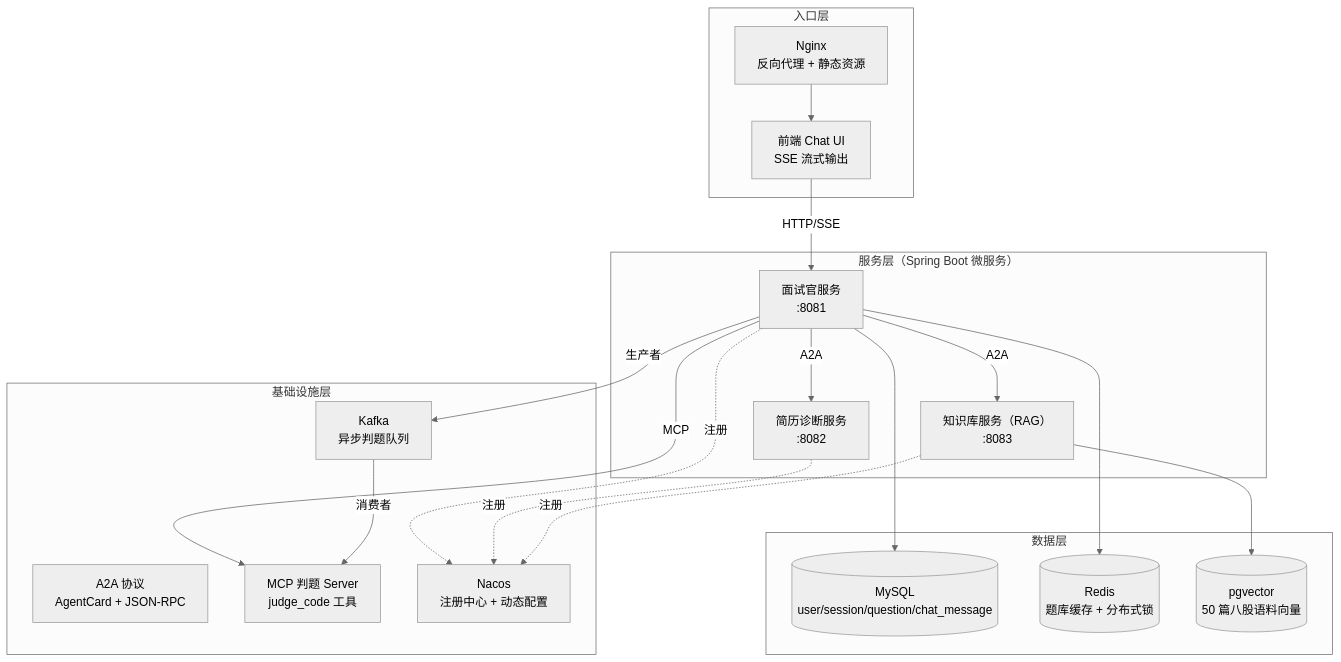
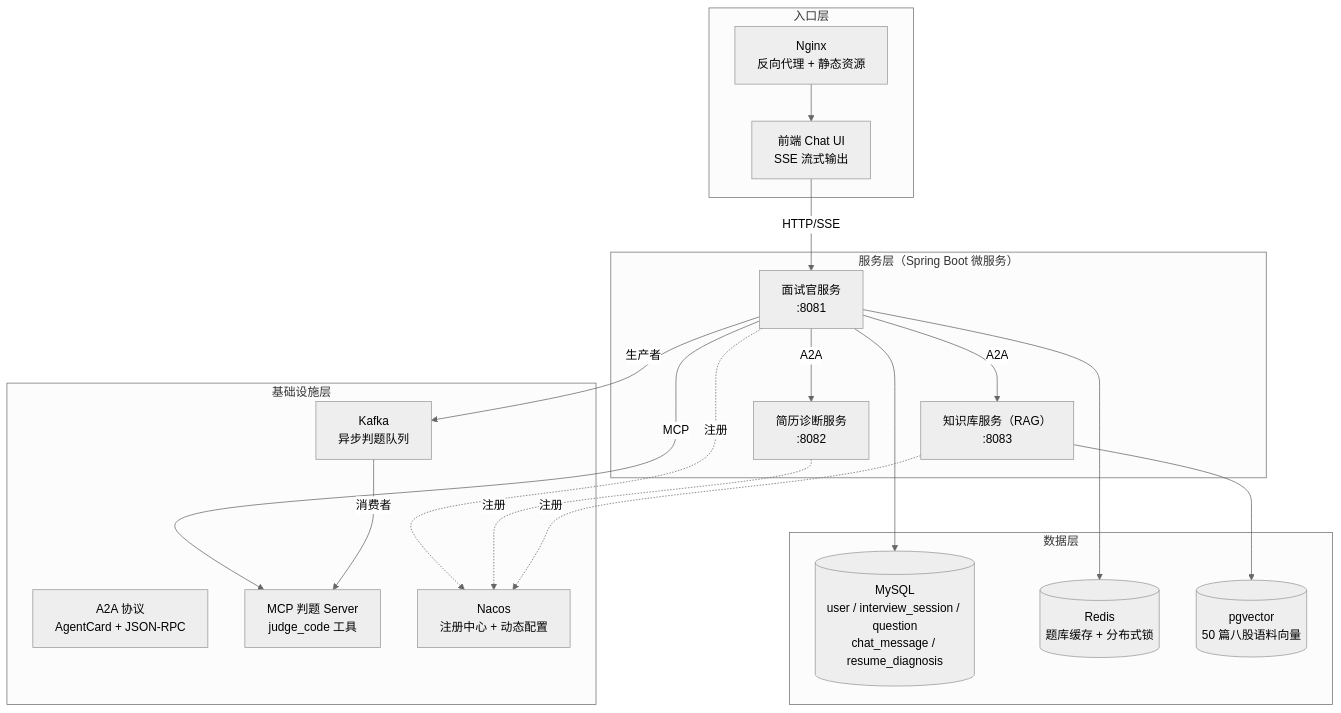
Before and after one commit to pinqionghongbai/mockverse: the second of 3 diagrams in docs/architecture.md, drawn with Mermaid (neutral theme). The commit also changed other lines of this file and 51 other files, not shown here.

````diff
--- a/docs/architecture.md
+++ b/docs/architecture.md
@@ -67,38 +67,38 @@
 ```mermaid
 graph TB
     subgraph entry["入口层"]
         NG["Nginx<br/>反向代理 + 静态资源"]
         UI["前端 Chat UI<br/>SSE 流式输出"]
     end
 
     subgraph services["服务层（Spring Boot 微服务）"]
         IV["面试官服务<br/>:8081"]
         RV["简历诊断服务<br/>:8082"]
         KB["知识库服务（RAG）<br/>:8083"]
     end
 
     subgraph infra["基础设施层"]
         A2A["A2A 协议<br/>AgentCard + JSON-RPC"]
         MCP["MCP 判题 Server<br/>judge_code 工具"]
         KAFKA["Kafka<br/>异步判题队列"]
         NACOS["Nacos<br/>注册中心 + 动态配置"]
     end
 
     subgraph data["数据层"]
-        MYSQL[("MySQL<br/>user/session/question/chat_message")]
+        MYSQL[("MySQL<br/>user / interview_session / question<br/>chat_message / resume_diagnosis")]
         REDIS[("Redis<br/>题库缓存 + 分布式锁")]
         PG[("pgvector<br/>50 篇八股语料向量")]
     end
 
     NG --> UI
     UI -->|HTTP/SSE| IV
     IV -->|A2A| RV
     IV -->|A2A| KB
     IV -->|MCP| MCP
     IV -->|生产者| KAFKA
     KAFKA -->|消费者| MCP
     IV & RV & KB -.->|注册| NACOS
     IV --> MYSQL
     KB --> PG
     IV --> REDIS
 ```
````
